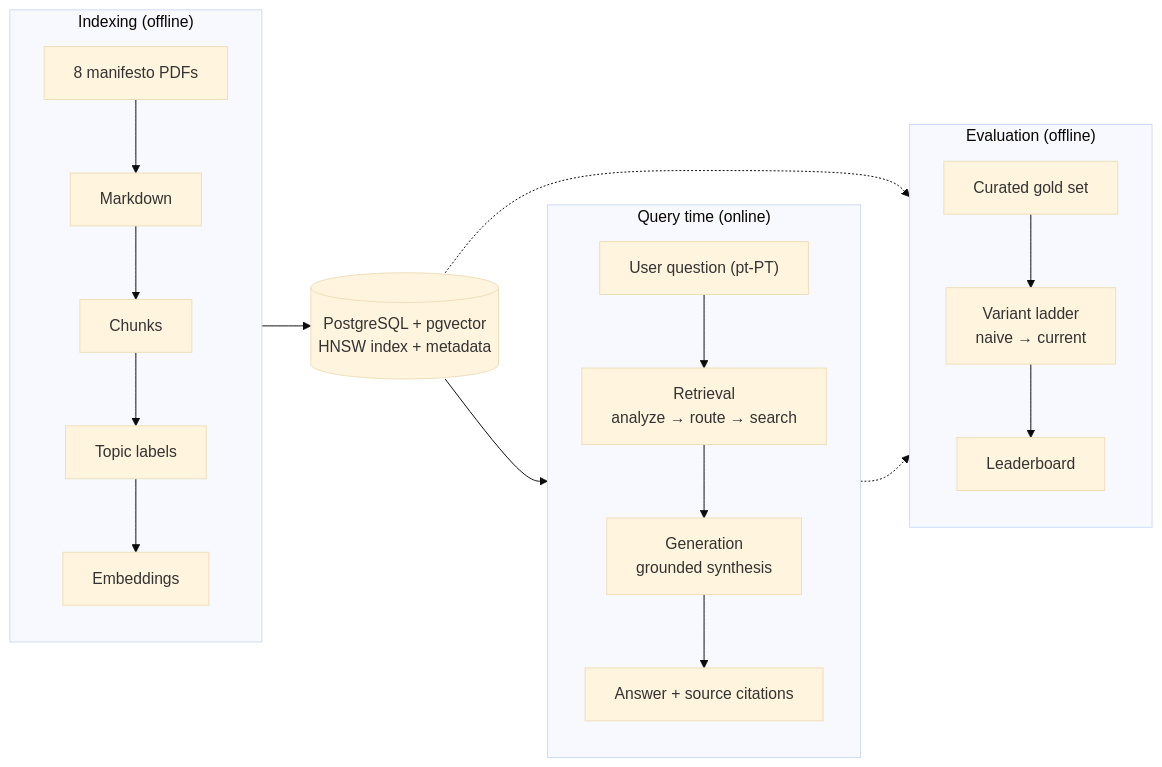
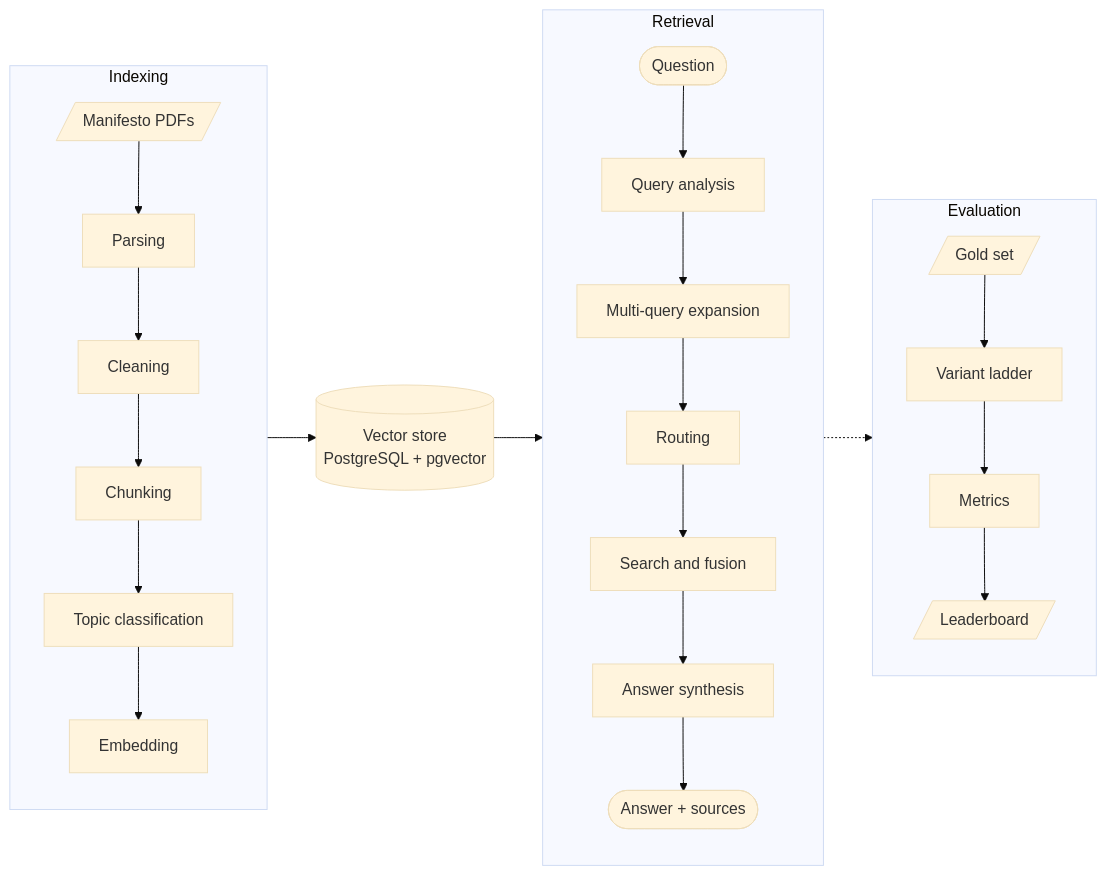
Before and after one commit to afonsoni/thesis: the first of 5 diagrams in docs/architecture.md, drawn with Mermaid (base theme). The commit also changed other lines of this file and 7 other files, not shown here.

First line of the commit message:
docs(architecture): update the Mermaid diagrams and render them for the thesis

````diff
--- a/docs/architecture.md
+++ b/docs/architecture.md
@@ -18,26 +26,22 @@
 ```mermaid
 flowchart LR
-    subgraph ING["Indexing (offline)"]
+    subgraph IDX["Indexing"]
         direction TB
-        PDF["8 manifesto PDFs"] --> MD["Markdown"] --> CH["Chunks"] --> CL["Topic labels"] --> EMB["Embeddings"]
+        I1[/"Manifesto PDFs"/] --> I2["Parsing"] --> I3["Cleaning"] --> I4["Chunking"] --> I5["Topic classification"] --> I6["Embedding"]
     end
 
-    VS[("PostgreSQL + pgvector<br/>HNSW index + metadata")]
-    EMB --> VS
+    VS[("Vector store<br/>PostgreSQL + pgvector")]
 
-    subgraph SERVE["Query time (online)"]
+    subgraph QT["Retrieval"]
         direction TB
-        Q["User question (pt-PT)"] --> R["Retrieval<br/>analyze → route → search"]
-        R --> G["Generation<br/>grounded synthesis"]
-        G --> A["Answer + source citations"]
+        Q1(["Question"]) --> Q2["Query analysis"] --> Q3["Multi-query expansion"] --> Q4["Routing"] --> Q5["Search and fusion"] --> Q6["Answer synthesis"] --> Q7(["Answer + sources"])
     end
-    VS --> R
 
-    subgraph EVAL["Evaluation (offline)"]
+    subgraph EV["Evaluation"]
         direction TB
-        GOLD["Curated gold set"] --> RUN["Variant ladder<br/>naive → current"]
-        RUN --> LB["Leaderboard"]
+        E1[/"Gold set"/] --> E2["Variant ladder"] --> E3["Metrics"] --> E4[/"Leaderboard"/]
     end
-    VS -.-> RUN
-    R -.-> RUN
+
+    IDX --> VS --> QT
+    QT -.-> EV
 ```
````
